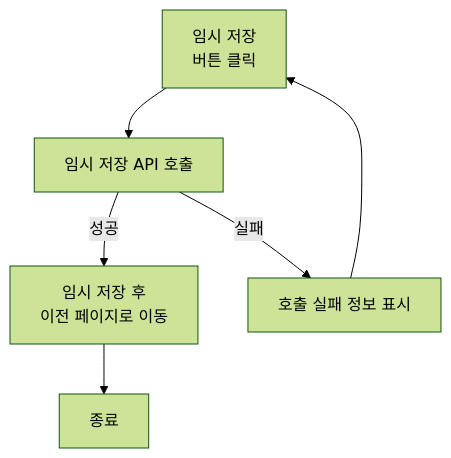
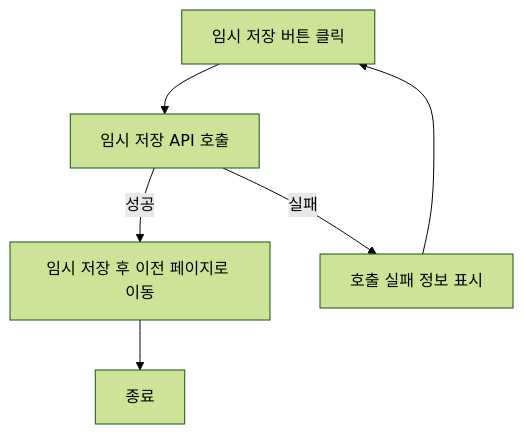
One commit to Dev-FE-2/3_swim_diary changed the second of 11 diagrams in design/기능정의서.md. Above: the diagram before and after it, drawn with Mermaid (forest theme). The commit also changed other lines of this file, not shown here.

````diff
--- a/design/기능정의서.md
+++ b/design/기능정의서.md
@@ -37,6 +35,6 @@
 ```mermaid
 flowchart TD
-E[임시 저장\n버튼 클릭] --> E2[임시 저장 API 호출] 
-E2 -- 성공 --> E1[임시 저장 후\n이전 페이지로 이동] --> G[종료]
+E[임시 저장 버튼 클릭] --> E2[임시 저장 API 호출] 
+E2 -- 성공 --> E1[임시 저장 후 이전 페이지로 이동] --> G[종료]
 E2 -- 실패 --> E3[호출 실패 정보 표시] --> E
 ```
````
